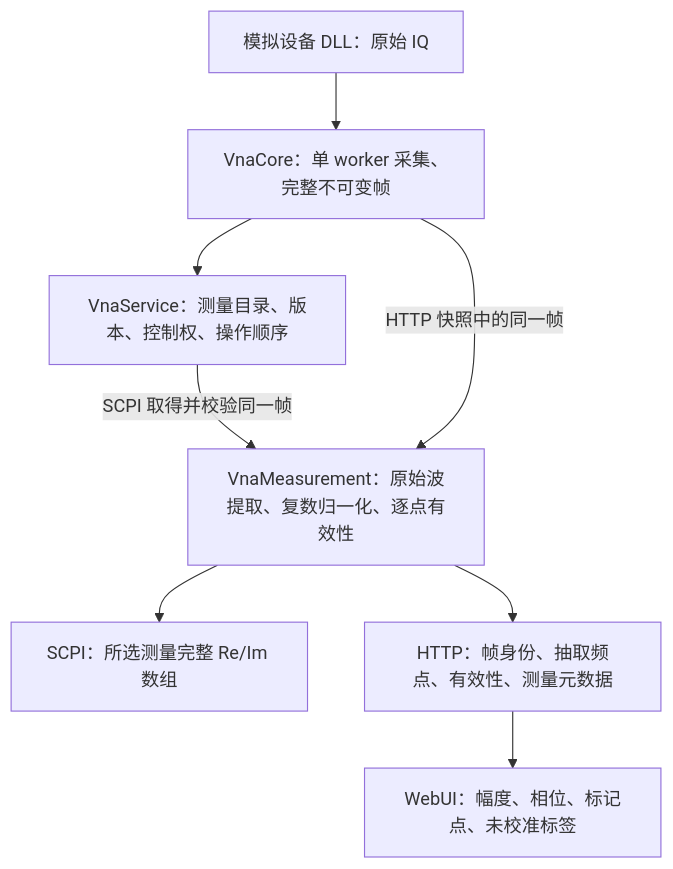
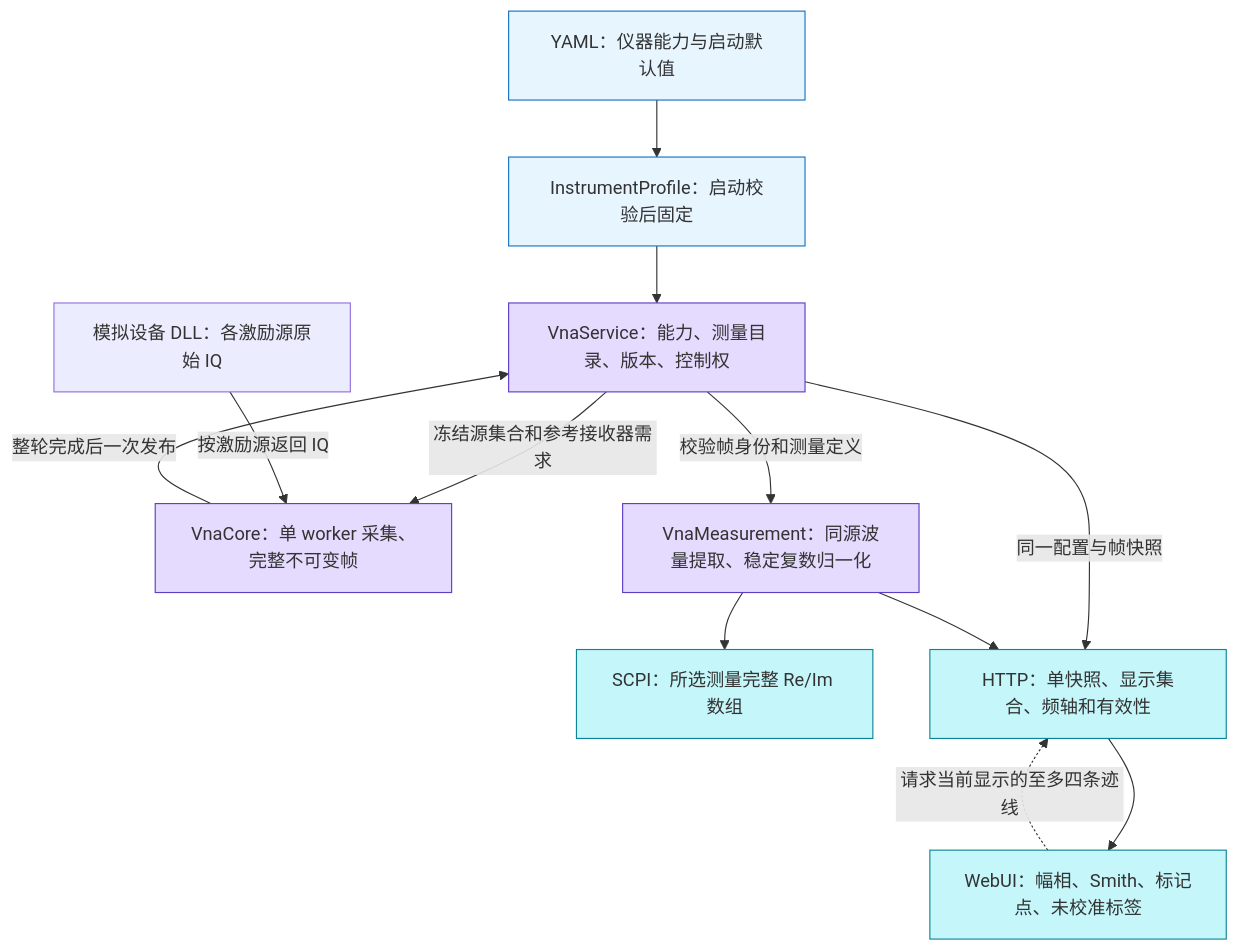
Before and after one commit to aniping/VnaPro: the first of 3 diagrams in docs/未校准S参数测量设计.md, drawn with Mermaid. The commit also changed other lines of this file and 5 other files, not shown here.

````diff
--- a/docs/未校准S参数测量设计.md
+++ b/docs/未校准S参数测量设计.md
@@ -21,17 +36,28 @@
 ```mermaid
 flowchart TB
-    dll[模拟设备 DLL：原始 IQ]
-    core[VnaCore：单 worker 采集、完整不可变帧]
-    service[VnaService：测量目录、版本、控制权、操作顺序]
-    math[VnaMeasurement：原始波提取、复数归一化、逐点有效性]
-    scpi[SCPI：所选测量完整 Re/Im 数组]
-    http[HTTP：帧身份、抽取频点、有效性、测量元数据]
-    ui[WebUI：幅度、相位、标记点、未校准标签]
-    dll --> core
-    core --> service
-    service -->|SCPI 取得并校验同一帧| math
-    core -->|HTTP 快照中的同一帧| math
+    yaml["YAML：仪器能力与启动默认值"]
+    profile["InstrumentProfile：启动校验后固定"]
+    dll["模拟设备 DLL：各激励源原始 IQ"]
+    core["VnaCore：单 worker 采集、完整不可变帧"]
+    service["VnaService：能力、测量目录、版本、控制权"]
+    math["VnaMeasurement：同源波量提取、稳定复数归一化"]
+    scpi["SCPI：所选测量完整 Re/Im 数组"]
+    http["HTTP：单快照、显示集合、频轴和有效性"]
+    ui["WebUI：幅相、Smith、标记点、未校准标签"]
+    yaml --> profile --> service
+    service -->|冻结源集合和参考接收器需求| core
+    dll -->|按激励源返回 IQ| core
+    core -->|整轮完成后一次发布| service
+    service -->|校验帧身份和测量定义| math
+    service -->|同一配置与帧快照| http
     math --> scpi
     math --> http
     http --> ui
+    ui -.->|请求当前显示的至多四条迹线| http
+    classDef config fill:#e7f5ff,stroke:#1971c2;
+    classDef process fill:#e5dbff,stroke:#5f3dc4;
+    classDef output fill:#c5f6fa,stroke:#0c8599;
+    class yaml,profile config;
+    class core,service,math process;
+    class scpi,http,ui output;
 ```
````
